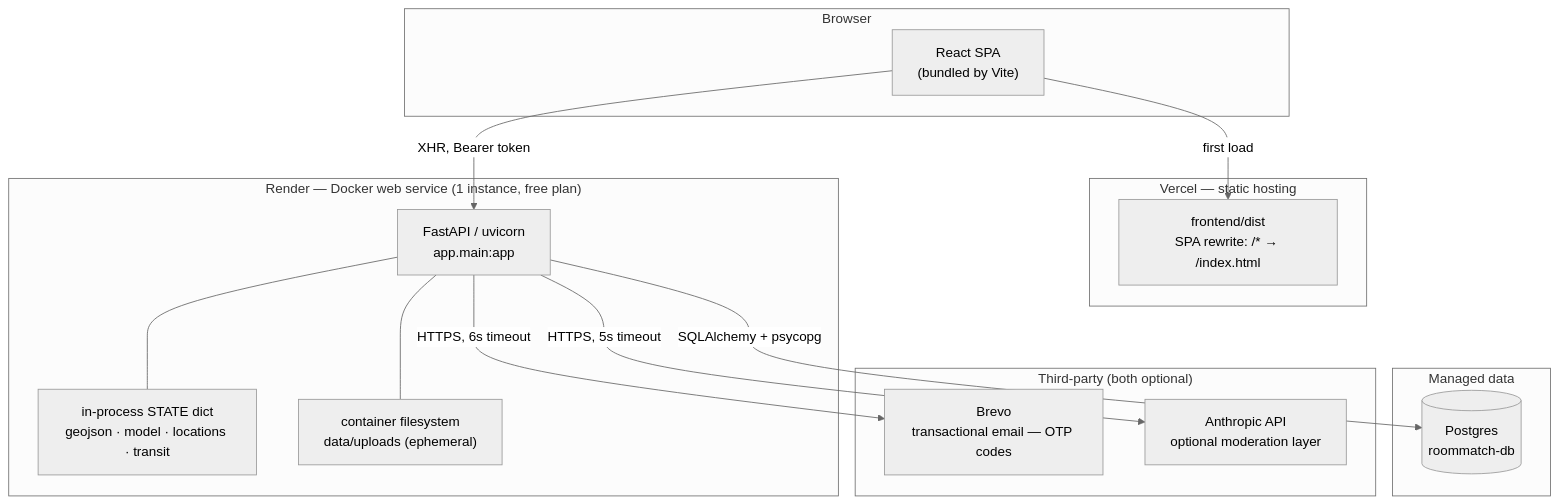
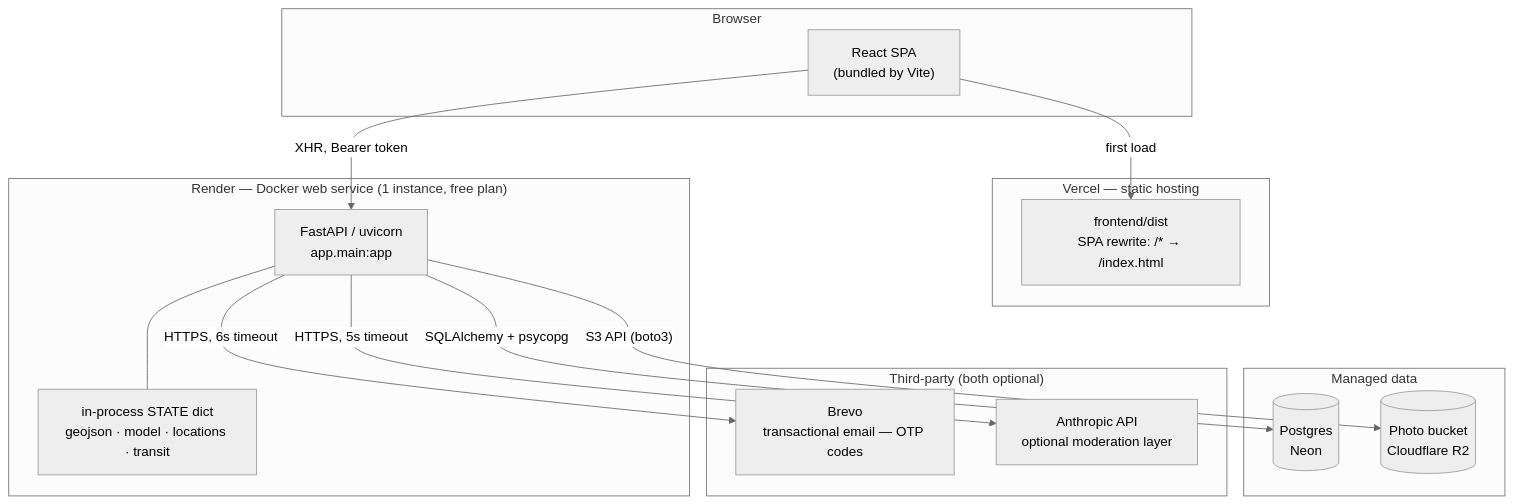
One commit to bariskiratt/istanbul-roommate-platform changed the first of 4 diagrams in docs/ARCHITECTURE.md. Above: the diagram before and after it, drawn with Mermaid (neutral theme). The commit also changed other lines of this file and 6 other files, not shown here.

````diff
--- a/docs/ARCHITECTURE.md
+++ b/docs/ARCHITECTURE.md
@@ -23,33 +23,33 @@
 ```mermaid
 flowchart TB
     subgraph browser["Browser"]
         SPA["React SPA<br/>(bundled by Vite)"]
     end
 
     subgraph vercel["Vercel — static hosting"]
         CDN["frontend/dist<br/>SPA rewrite: /* → /index.html"]
     end
 
     subgraph render["Render — Docker web service (1 instance, free plan)"]
         API["FastAPI / uvicorn<br/>app.main:app"]
         STATE["in-process STATE dict<br/>geojson · model · locations · transit"]
-        DISK["container filesystem<br/>data/uploads (ephemeral)"]
         API --- STATE
-        API --- DISK
     end
 
     subgraph data["Managed data"]
-        PG[("Postgres<br/>roommatch-db")]
+        PG[("Postgres<br/>Neon")]
+        R2[("Photo bucket<br/>Cloudflare R2")]
     end
 
     subgraph ext["Third-party (both optional)"]
         BREVO["Brevo<br/>transactional email — OTP codes"]
         ANTH["Anthropic API<br/>optional moderation layer"]
     end
 
     SPA -->|"first load"| CDN
     SPA -->|"XHR, Bearer token"| API
     API -->|"SQLAlchemy + psycopg"| PG
+    API -->|"S3 API (boto3)"| R2
     API -->|"HTTPS, 6s timeout"| BREVO
     API -->|"HTTPS, 5s timeout"| ANTH
 ```
````
